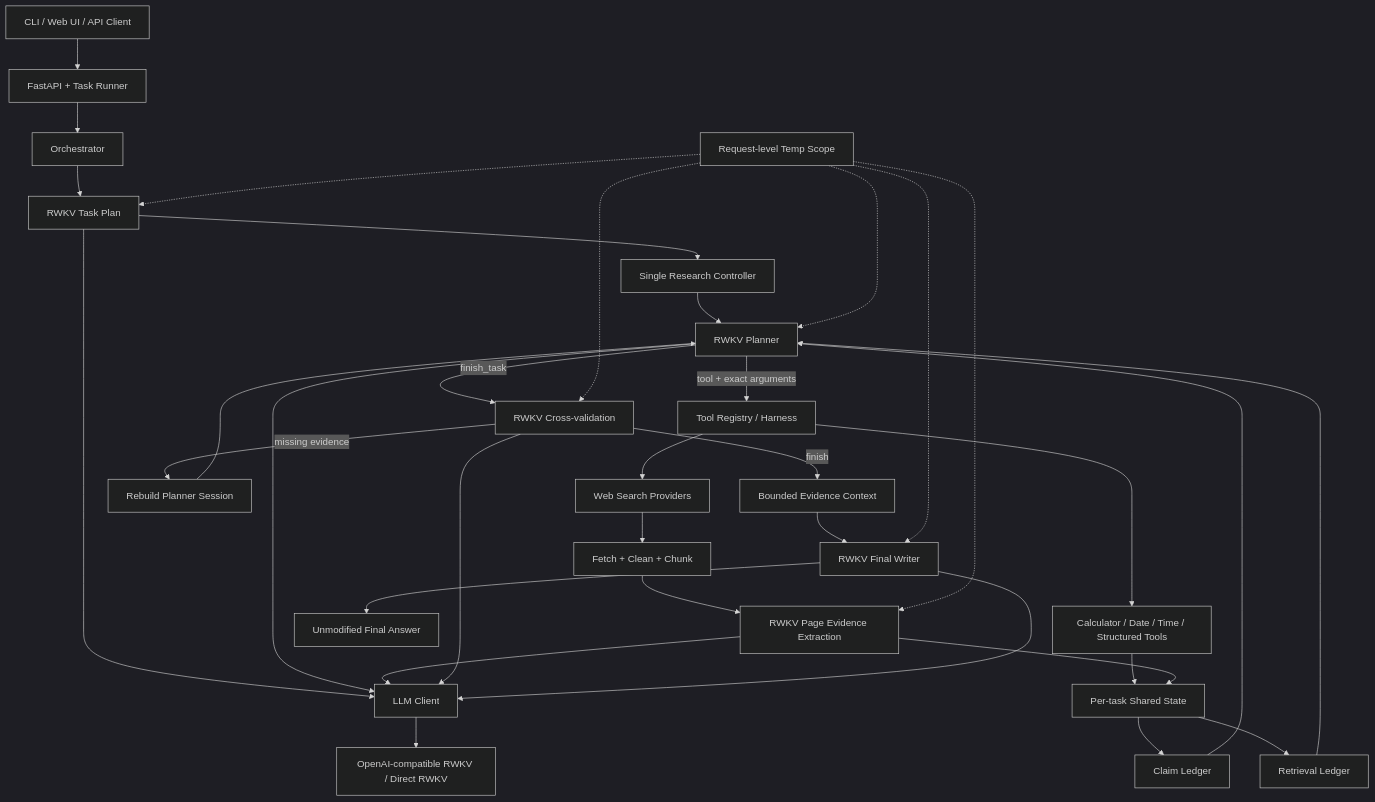
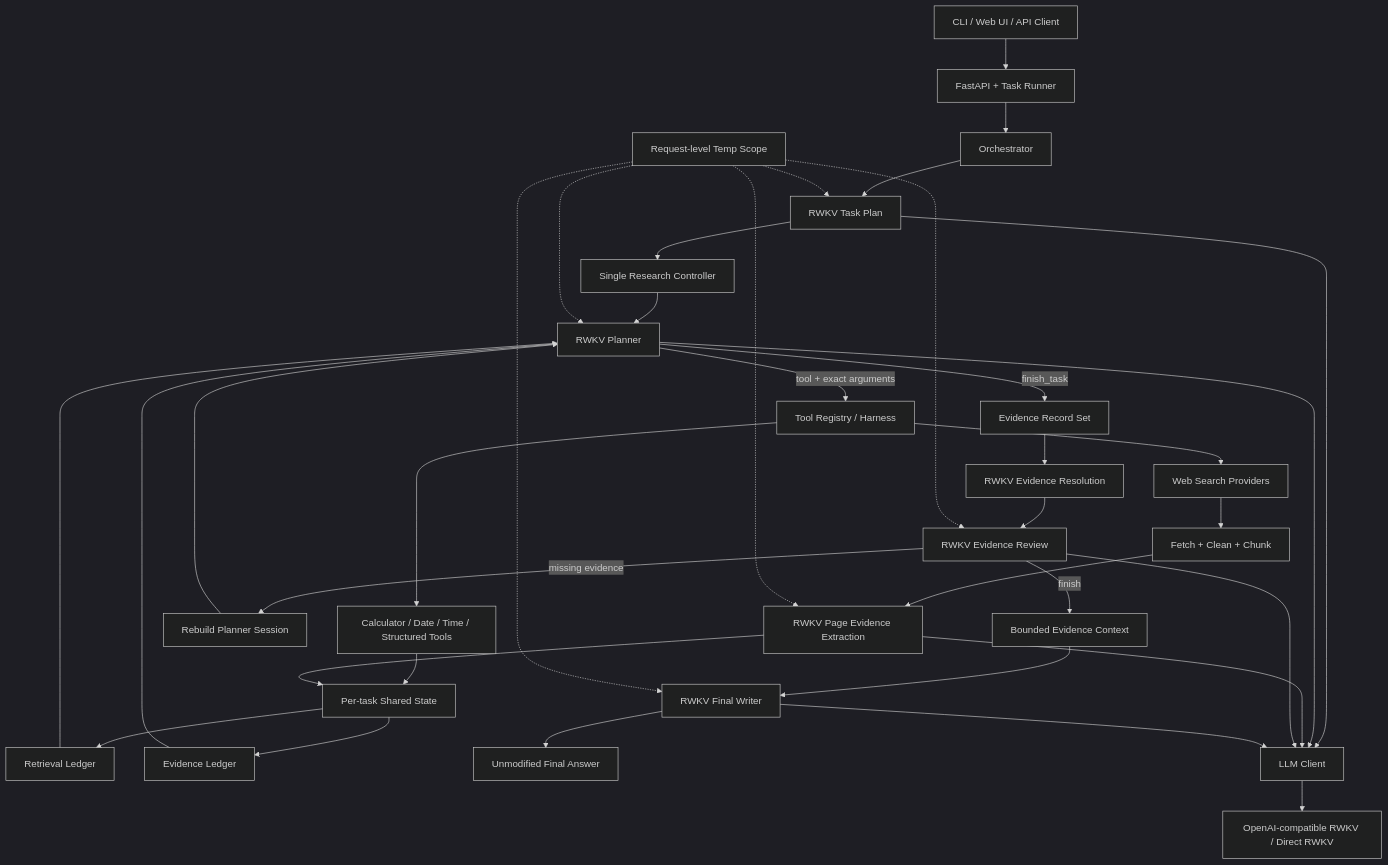
One commit to rwkv-rs/RWKV-Scout changed the diagram in README.md. Above: the diagram before and after it, drawn with Mermaid (dark theme). The commit also changed other lines of this file and 144 other files, not shown here.

Commit message:
feat: preserve record-first RWKV retrieval architecture

````diff
--- a/README.md
+++ b/README.md
@@ -19,37 +19,39 @@
 ```mermaid
 flowchart TD
     U["CLI / Web UI / API Client"] --> API["FastAPI + Task Runner"]
     API --> O["Orchestrator"]
     O --> TP["RWKV Task Plan"]
     TP --> C["Single Research Controller"]
     C --> P["RWKV Planner"]
     P -->|tool + exact arguments| R["Tool Registry / Harness"]
     R --> DT["Calculator / Date / Time / Structured Tools"]
     R --> WS["Web Search Providers"]
     WS --> FC["Fetch + Clean + Chunk"]
     FC --> PE["RWKV Page Evidence Extraction"]
     DT --> S["Per-task Shared State"]
     PE --> S
     S --> RL["Retrieval Ledger"]
-    S --> CL["Claim Ledger"]
+    S --> CL["Evidence Ledger"]
     RL --> P
     CL --> P
-    P -->|finish_task| V["RWKV Cross-validation"]
+    P -->|finish_task| ERS["Evidence Record Set"]
+    ERS --> ER["RWKV Evidence Resolution"]
+    ER --> V["RWKV Evidence Review"]
     V -->|missing evidence| RP["Rebuild Planner Session"]
     RP --> P
     V -->|finish| EC["Bounded Evidence Context"]
     EC --> W["RWKV Final Writer"]
     W --> A["Unmodified Final Answer"]
 
     T["Request-level Temp Scope"] -.-> TP
     T -.-> P
     T -.-> PE
     T -.-> V
     T -.-> W
     TP --> RT["LLM Client"]
     P --> RT
     PE --> RT
     V --> RT
     W --> RT
     RT --> OC["OpenAI-compatible RWKV / Direct RWKV"]
 ```
````
